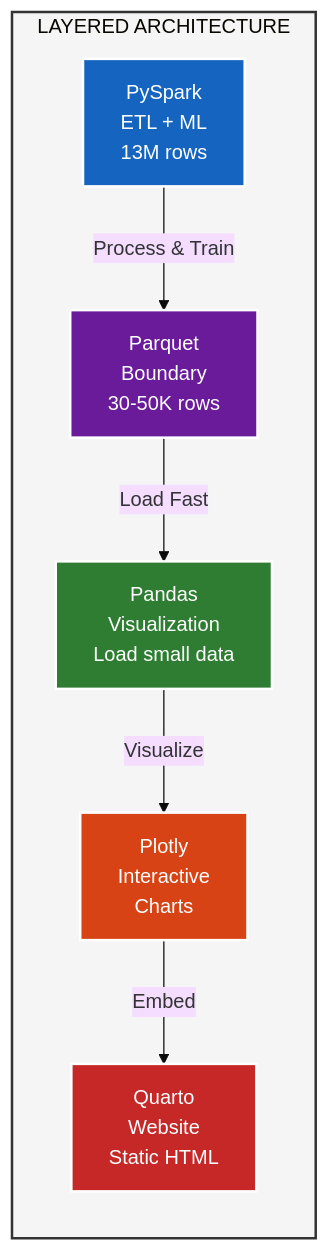
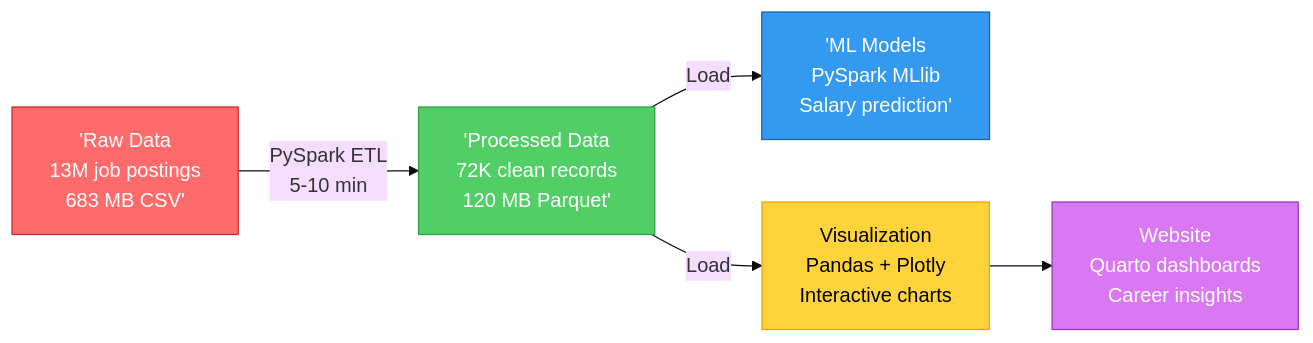
Before and after one commit to samarthya/ad688-scratch: the first of 2 diagrams in ARCHITECTURE.md, drawn with Mermaid (base theme). The commit also changed other lines of this file and 26 other files, not shown here.

````diff
--- a/ARCHITECTURE.md
+++ b/ARCHITECTURE.md
@@ -27,22 +21,13 @@
 ```mermaid
 graph LR
-    subgraph PRINCIPLE["LAYERED ARCHITECTURE"]
-        PYSPARK["PySpark<br/>ETL + ML<br/>13M rows"]
-        PARQUET["Parquet<br/>Boundary<br/>30-50K rows"]
-        PANDAS["Pandas<br/>Visualization<br/>Load small data"]
-        PLOTLY["Plotly<br/>Interactive<br/>Charts"]
-        QUARTO["Quarto<br/>Website<br/>Static HTML"]
-    end
+    A['Raw Data<br/>13M job postings<br/>683 MB CSV'] -->|PySpark ETL<br/>5-10 min| B['Processed Data<br/>72K clean records<br/>120 MB Parquet']
+    B -->|Load| C['ML Models<br/>PySpark MLlib<br/>Salary prediction']
+    B -->|Load| D[Visualization<br/>Pandas + Plotly<br/>Interactive charts]
+    D --> E[Website<br/>Quarto dashboards<br/>Career insights]
 
-    PYSPARK -->|"Process & Train"| PARQUET
-    PARQUET -->|"Load Fast"| PANDAS
-    PANDAS -->|"Visualize"| PLOTLY
-    PLOTLY -->|"Embed"| QUARTO
-
-    style PRINCIPLE fill:#f5f5f5,stroke:#333,stroke-width:2px
-    style PYSPARK fill:#1565c0,stroke:#fff,color:#fff,stroke-width:2px
-    style PARQUET fill:#6a1b9a,stroke:#fff,color:#fff,stroke-width:2px
-    style PANDAS fill:#2e7d32,stroke:#fff,color:#fff,stroke-width:2px
-    style PLOTLY fill:#d84315,stroke:#fff,color:#fff,stroke-width:2px
-    style QUARTO fill:#c62828,stroke:#fff,color:#fff,stroke-width:2px
+    style A fill:#ff6b6b,stroke:#c92a2a,color:#fff
+    style B fill:#51cf66,stroke:#2f9e44,color:#fff
+    style C fill:#339af0,stroke:#1864ab,color:#fff
+    style D fill:#ffd43b,stroke:#f59f00,color:#000
+    style E fill:#da77f2,stroke:#9c36b5,color:#fff
 ```
````
